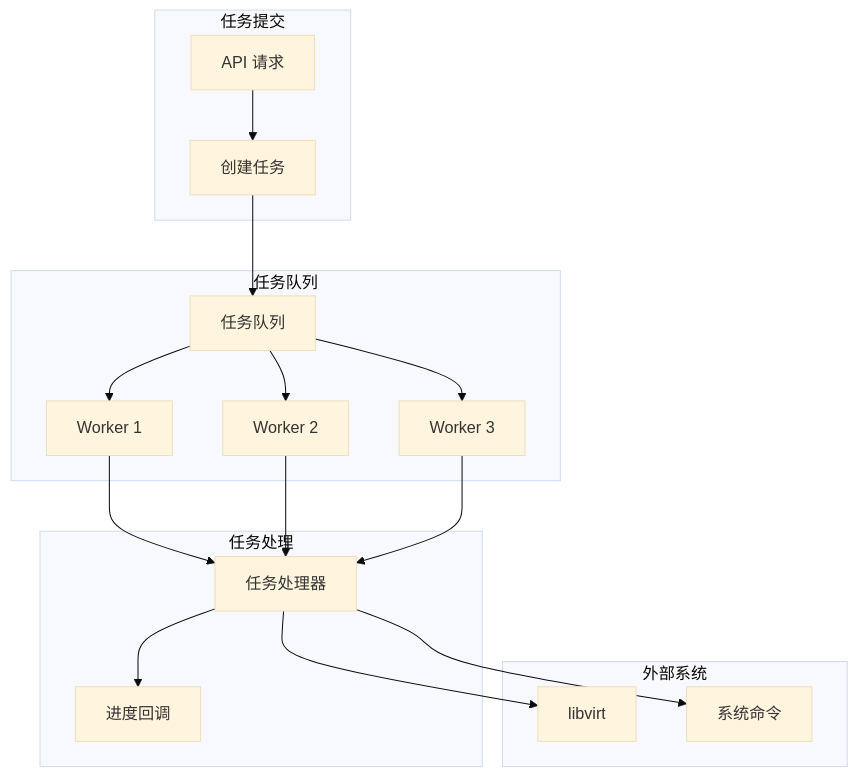
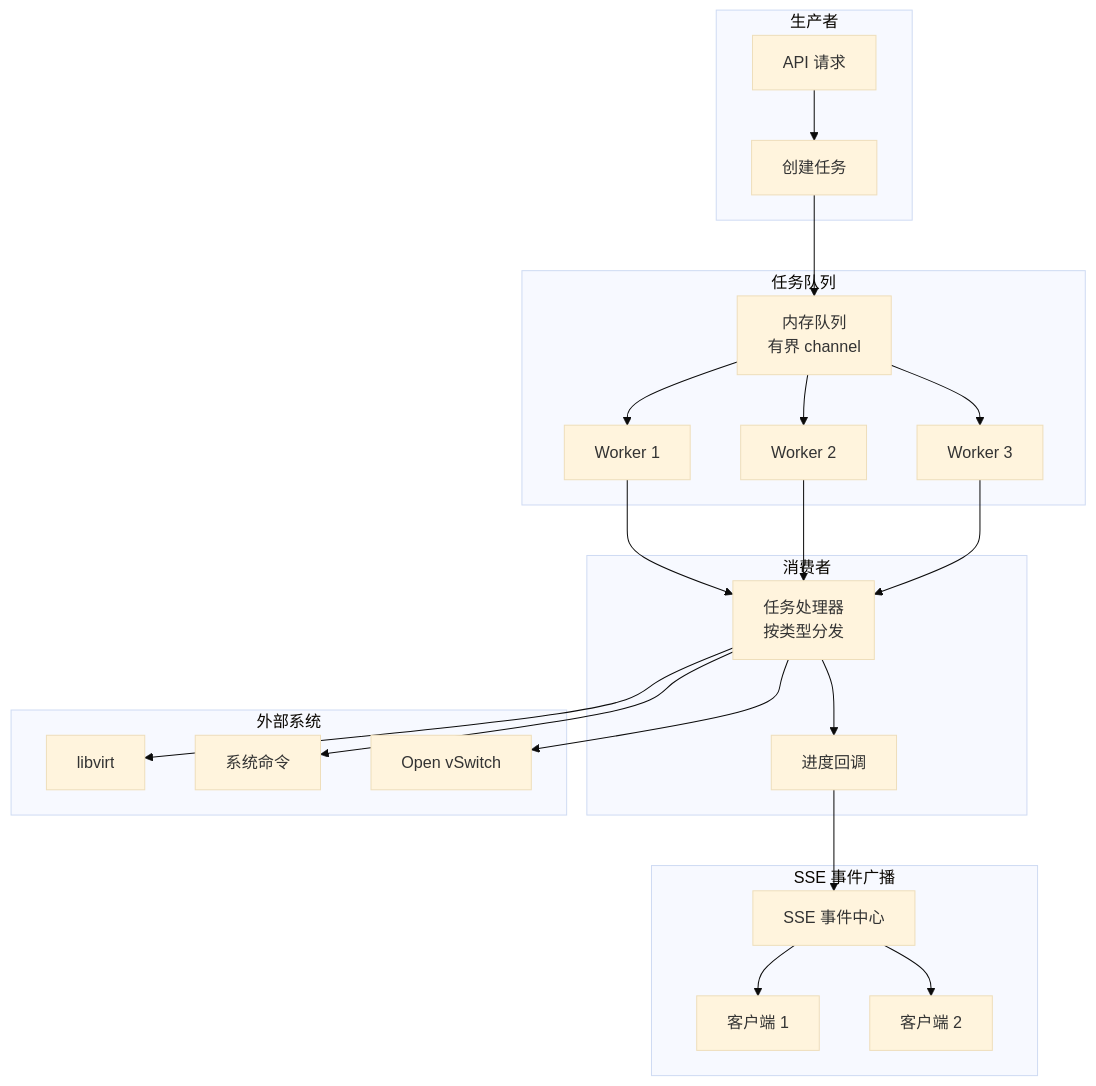
One commit to QVMConsole/docs changed diagram 11 of 18 in docs/feature-analysis/qvmconsole-architecture.mdx. Above: the diagram before and after it, drawn with Mermaid (base theme). The commit also changed other lines of this file, not shown here.

````diff
--- a/docs/feature-analysis/qvmconsole-architecture.mdx
+++ b/docs/feature-analysis/qvmconsole-architecture.mdx
@@ -348,36 +513,47 @@
 ```mermaid
 graph TB
-    subgraph 任务提交
+    subgraph 任务提交["生产者"]
         API[API 请求]
         TaskCreate[创建任务]
     end
     
-    subgraph 任务队列
-        Queue[任务队列]
+    subgraph 任务队列["任务队列"]
+        Queue[内存队列<br/>有界 channel]
         Worker1[Worker 1]
         Worker2[Worker 2]
         Worker3[Worker 3]
     end
     
-    subgraph 任务处理
-        Handler[任务处理器]
+    subgraph 任务处理["消费者"]
+        Handler[任务处理器<br/>按类型分发]
         Progress[进度回调]
+    end
+    
+    subgraph 实时推送["SSE 事件广播"]
+        SSECenter[SSE 事件中心]
+        Client1[客户端 1]
+        Client2[客户端 2]
     end
     
     subgraph 外部系统
         Libvirt[libvirt]
         System[系统命令]
+        OVS[Open vSwitch]
     end
     
     API --> TaskCreate
     TaskCreate --> Queue
     Queue --> Worker1
     Queue --> Worker2
     Queue --> Worker3
     Worker1 --> Handler
     Worker2 --> Handler
     Worker3 --> Handler
     Handler --> Progress
     Handler --> Libvirt
     Handler --> System
+    Handler --> OVS
+    Progress --> SSECenter
+    SSECenter --> Client1
+    SSECenter --> Client2
 ```
````
